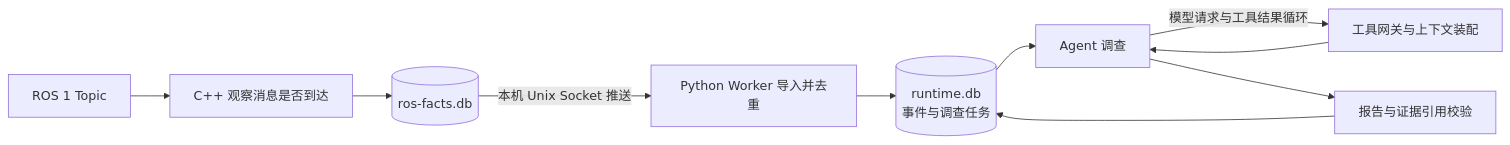
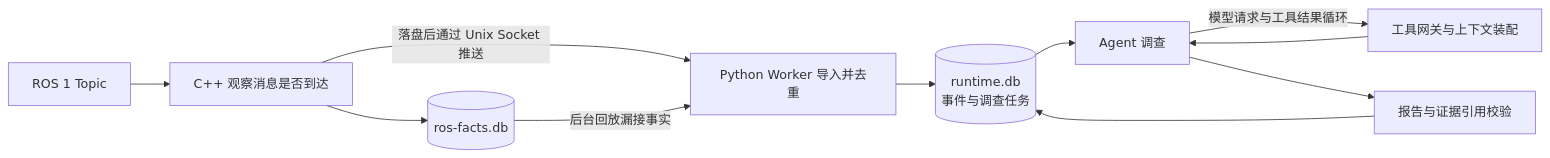
One commit to yishian6/RobotOps changed the first of 2 diagrams in doc/RobotOps_当前版本汇报.md. Above: the diagram before and after it, drawn with Mermaid. The commit also changed other lines of this file and 18 other files, not shown here.

````diff
--- a/doc/RobotOps_当前版本汇报.md
+++ b/doc/RobotOps_当前版本汇报.md
@@ -52,12 +75,13 @@
 ```mermaid
 flowchart LR
     A["ROS 1 Topic"] --> B["C++ 观察消息是否到达"]
     B --> C[("ros-facts.db")]
-    C -->|"本机 Unix Socket 推送"| D["Python Worker 导入并去重"]
+    B -->|"落盘后通过 Unix Socket 推送"| D["Python Worker 导入并去重"]
+    C -->|"后台回放漏接事实"| D
     D --> E[("runtime.db<br/>事件与调查任务")]
     E --> F["Agent 调查"]
     F -->|"模型请求与工具结果循环"| G["工具网关与上下文装配"]
     G --> F
     F --> H["报告与证据引用校验"]
     H --> E
 ```
````
